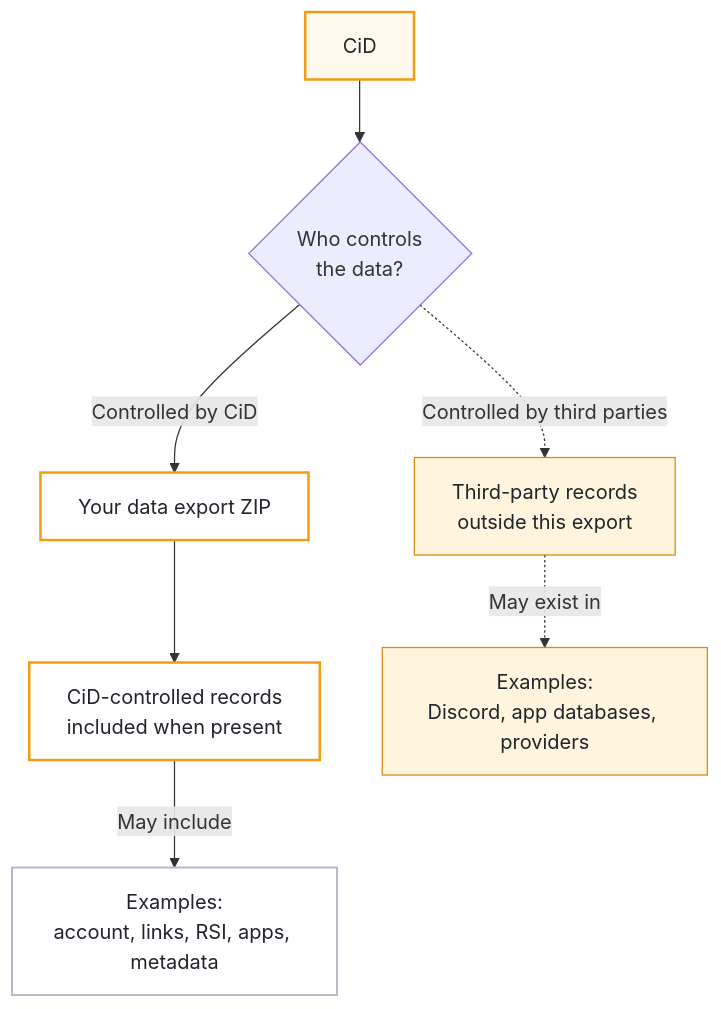
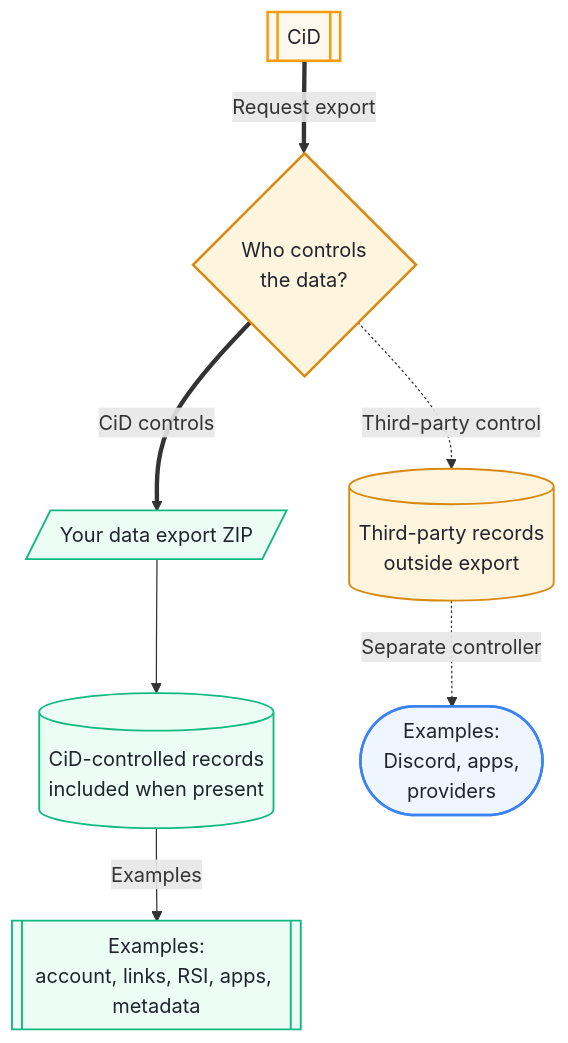
One commit to ArkanisCorporation/CitizenId-docs changed the diagram in docs/players/data-rights.md. Above: the diagram before and after it, drawn with Mermaid. The commit also changed 8 other files, not shown here.

Commit message:
fix: normalize existing diagram parts

````diff
--- a/docs/players/data-rights.md
+++ b/docs/players/data-rights.md
@@ -17,26 +17,28 @@
 ```mermaid
 flowchart TD
-  cid["CiD"]
-  zip["Your data export ZIP"]
+  cid[["CiD"]]
+  zip[/Your data export ZIP/]
   boundary{"Who controls<br/>the data?"}
-  included["CiD-controlled records<br/>included when present"]
-  outside["Third-party records<br/>outside this export"]
-  contents["Examples:<br/>account, links, RSI, apps, metadata"]
-  thirdParties["Examples:<br/>Discord, app databases, providers"]
+  included[(CiD-controlled records<br/>included when present)]
+  outside[(Third-party records<br/>outside export)]
+  contents[["Examples:<br/>account, links, RSI, apps, metadata"]]
+  thirdParties(["Examples:<br/>Discord, apps,<br/>providers"])
 
-  cid --> boundary
-  boundary -->|"Controlled by CiD"| zip
+  cid ==>|Request export| boundary
+  boundary ==>|CiD controls| zip
   zip --> included
-  included -->|"May include"| contents
-  boundary -. "Controlled by third parties" .-> outside
-  outside -. "May exist in" .-> thirdParties
+  included -->|"Examples"| contents
+  boundary -. "Third-party control" .-> outside
+  outside -. "Separate controller" .-> thirdParties
 
-  classDef cidNode fill:#fff8ec,stroke:#F39C12,color:#20242c,stroke-width:2px;
-  classDef exportNode fill:#ffffff,stroke:#F39C12,color:#20242c,stroke-width:2px;
-  classDef includedNode fill:#ffffff,stroke:#aeb7c4,color:#20242c,stroke-width:1.5px;
-  classDef outsideNode fill:#fff4dd,stroke:#d8890f,color:#20242c;
-  class cid cidNode;
-  class zip,included exportNode;
-  class contents includedNode;
-  class outside,thirdParties outsideNode;
+  classDef service fill:#fff8ec,stroke:#F39C12,color:#20242c,stroke-width:2px;
+  classDef decision fill:#fff4dd,stroke:#d8890f,color:#20242c,stroke-width:2px;
+  classDef data fill:#ecfdf5,stroke:#10b981,color:#20242c,stroke-width:1.5px;
+  classDef caution fill:#fff4dd,stroke:#d8890f,color:#20242c,stroke-width:1.5px;
+  classDef actor fill:#eff6ff,stroke:#3b82f6,color:#20242c,stroke-width:2px;
+  class cid service;
+  class boundary decision;
+  class zip,included,contents data;
+  class outside caution;
+  class thirdParties actor;
 ```
````
